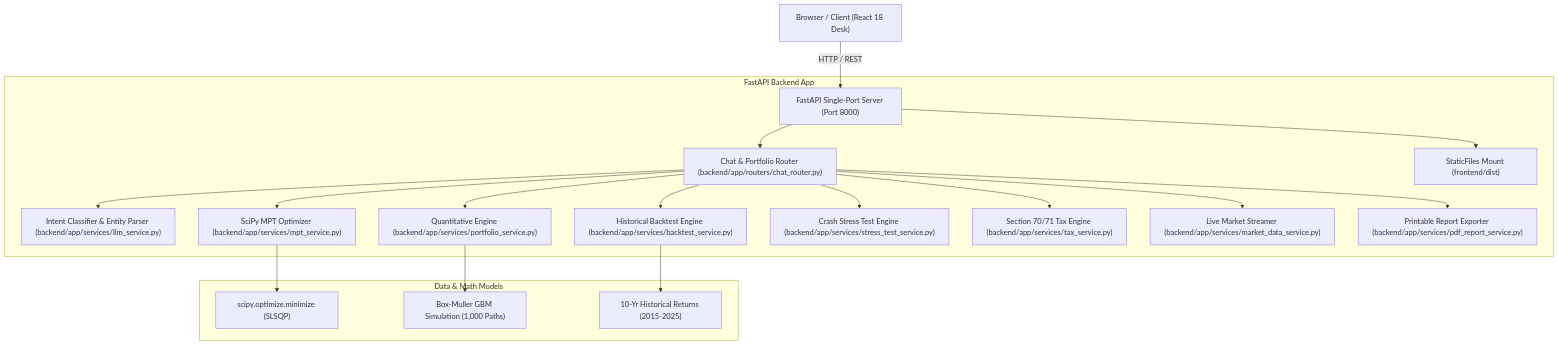
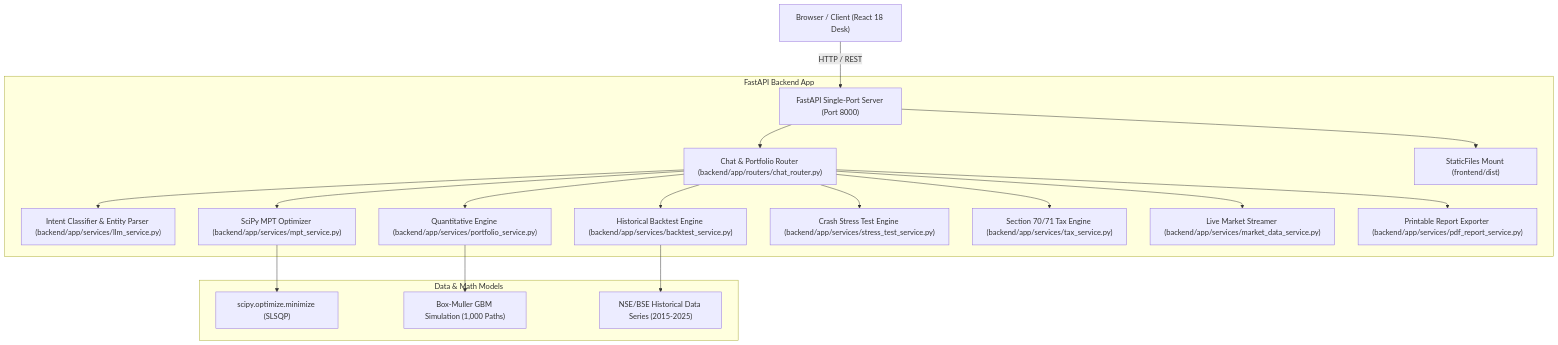
One commit to dhruv0402/Finbot-Hackathon changed the diagram in E2E_TECHNICAL_REPORT.md. Above: the diagram before and after it, drawn with Mermaid. The commit also changed other lines of this file, not shown here.

Commit message:
docs: add data provenance, softer ADR solver phrasing, and LLM fallback limitations footnote

````diff
--- a/E2E_TECHNICAL_REPORT.md
+++ b/E2E_TECHNICAL_REPORT.md
@@ -22,24 +22,24 @@
 ```mermaid
 graph TD
     Client["Browser / Client (React 18 Desk)"] -->|HTTP / REST| SinglePortServer["FastAPI Single-Port Server (Port 8000)"]
     
     subgraph FastAPI Backend App
         SinglePortServer --> Router["Chat & Portfolio Router (backend/app/routers/chat_router.py)"]
         SinglePortServer --> StaticMount["StaticFiles Mount (frontend/dist)"]
         
         Router --> LLMService["Intent Classifier & Entity Parser (backend/app/services/llm_service.py)"]
         Router --> PortfolioService["Quantitative Engine (backend/app/services/portfolio_service.py)"]
         Router --> MPTService["SciPy MPT Optimizer (backend/app/services/mpt_service.py)"]
         Router --> BacktestService["Historical Backtest Engine (backend/app/services/backtest_service.py)"]
         Router --> StressService["Crash Stress Test Engine (backend/app/services/stress_test_service.py)"]
         Router --> TaxService["Section 70/71 Tax Engine (backend/app/services/tax_service.py)"]
         Router --> MarketService["Live Market Streamer (backend/app/services/market_data_service.py)"]
         Router --> PDFService["Printable Report Exporter (backend/app/services/pdf_report_service.py)"]
     end
     
     subgraph Data & Math Models
         MPTService --> SLSQPSolver["scipy.optimize.minimize (SLSQP)"]
         PortfolioService --> MonteCarlo["Box-Muller GBM Simulation (1,000 Paths)"]
-        BacktestService --> NSEHistory["10-Yr Historical Returns (2015-2025)"]
+        BacktestService --> NSEHistory["NSE/BSE Historical Data Series (2015-2025)"]
     end
 ```
````
